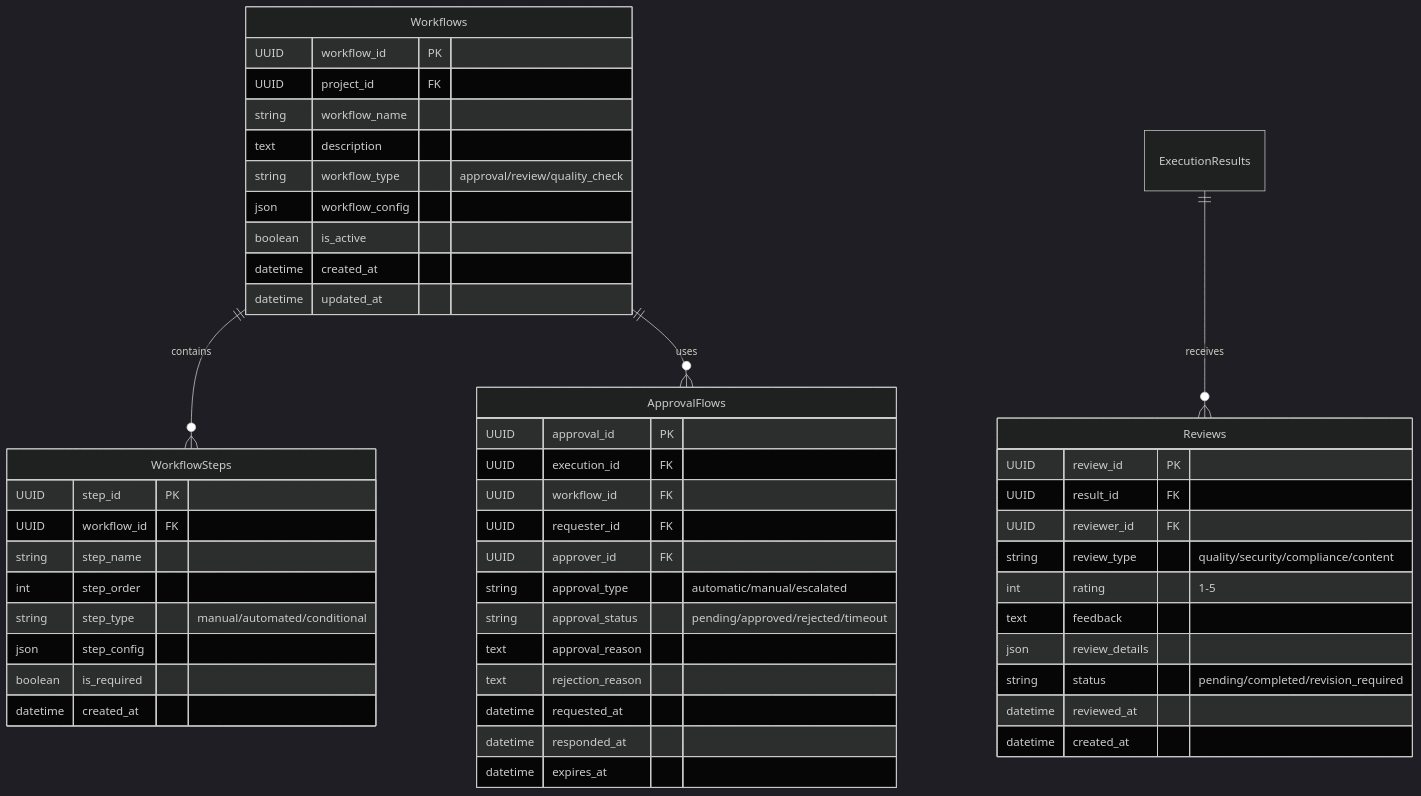
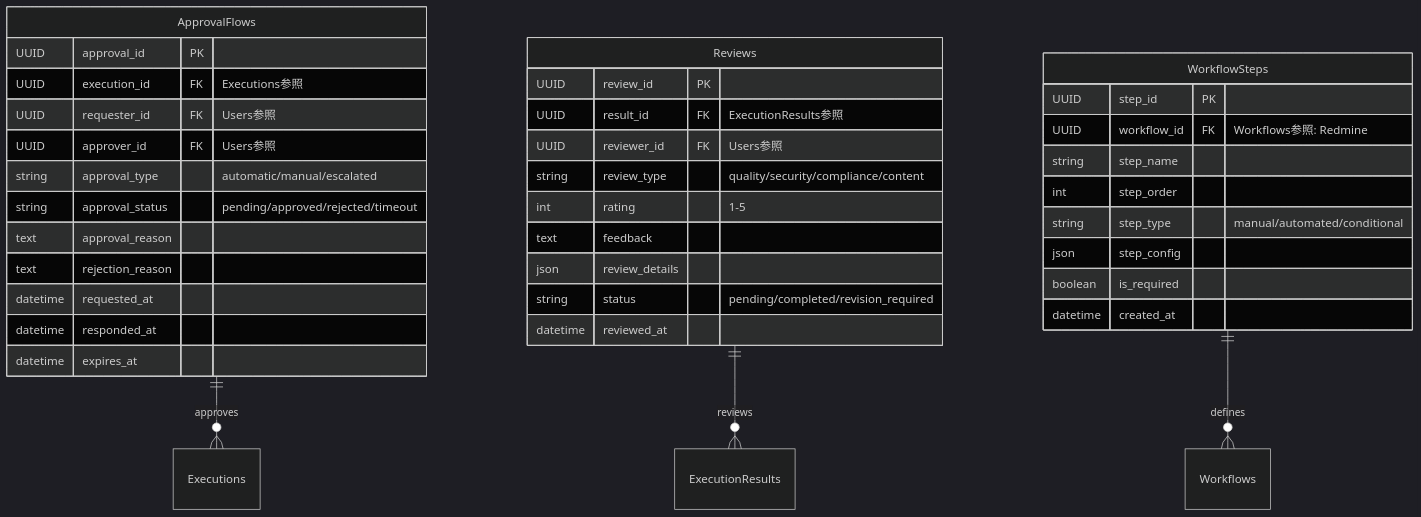
One commit to daichiTAAA/AgentOpsPlatform changed the sixth of 10 diagrams in docs/030000_設計/035000_データ設計/035010_ER図.md. Above: the diagram before and after it, drawn with Mermaid (dark theme). The commit also changed other lines of this file, not shown here.

````diff
--- a/docs/030000_設計/035000_データ設計/035010_ER図.md
+++ b/docs/030000_設計/035000_データ設計/035010_ER図.md
@@ -296,57 +444,43 @@
 ```mermaid
 erDiagram
-    Workflows {
-        UUID workflow_id PK
-        UUID project_id FK
-        string workflow_name
-        text description
-        string workflow_type "approval/review/quality_check"
-        json workflow_config
-        boolean is_active
-        datetime created_at
-        datetime updated_at
-    }
-    
-    WorkflowSteps {
-        UUID step_id PK
-        UUID workflow_id FK
-        string step_name
-        int step_order
-        string step_type "manual/automated/conditional"
-        json step_config
-        boolean is_required
-        datetime created_at
-    }
-    
     ApprovalFlows {
         UUID approval_id PK
-        UUID execution_id FK
-        UUID workflow_id FK
-        UUID requester_id FK
-        UUID approver_id FK
+        UUID execution_id FK "Executions参照"
+        UUID requester_id FK "Users参照"
+        UUID approver_id FK "Users参照"
         string approval_type "automatic/manual/escalated"
         string approval_status "pending/approved/rejected/timeout"
         text approval_reason
         text rejection_reason
         datetime requested_at
         datetime responded_at
         datetime expires_at
     }
     
     Reviews {
         UUID review_id PK
-        UUID result_id FK
-        UUID reviewer_id FK
+        UUID result_id FK "ExecutionResults参照"
+        UUID reviewer_id FK "Users参照"
         string review_type "quality/security/compliance/content"
         int rating "1-5"
         text feedback
         json review_details
         string status "pending/completed/revision_required"
         datetime reviewed_at
+    }
+    
+    WorkflowSteps {
+        UUID step_id PK
+        UUID workflow_id FK "Workflows参照: Redmine"
+        string step_name
+        int step_order
+        string step_type "manual/automated/conditional"
+        json step_config
+        boolean is_required
         datetime created_at
     }
     
-    Workflows ||--o{ WorkflowSteps : contains
-    Workflows ||--o{ ApprovalFlows : uses
-    ExecutionResults ||--o{ Reviews : receives
+    ApprovalFlows ||--o{ Executions : approves
+    Reviews ||--o{ ExecutionResults : reviews
+    WorkflowSteps ||--o{ Workflows : defines
 ```
````
